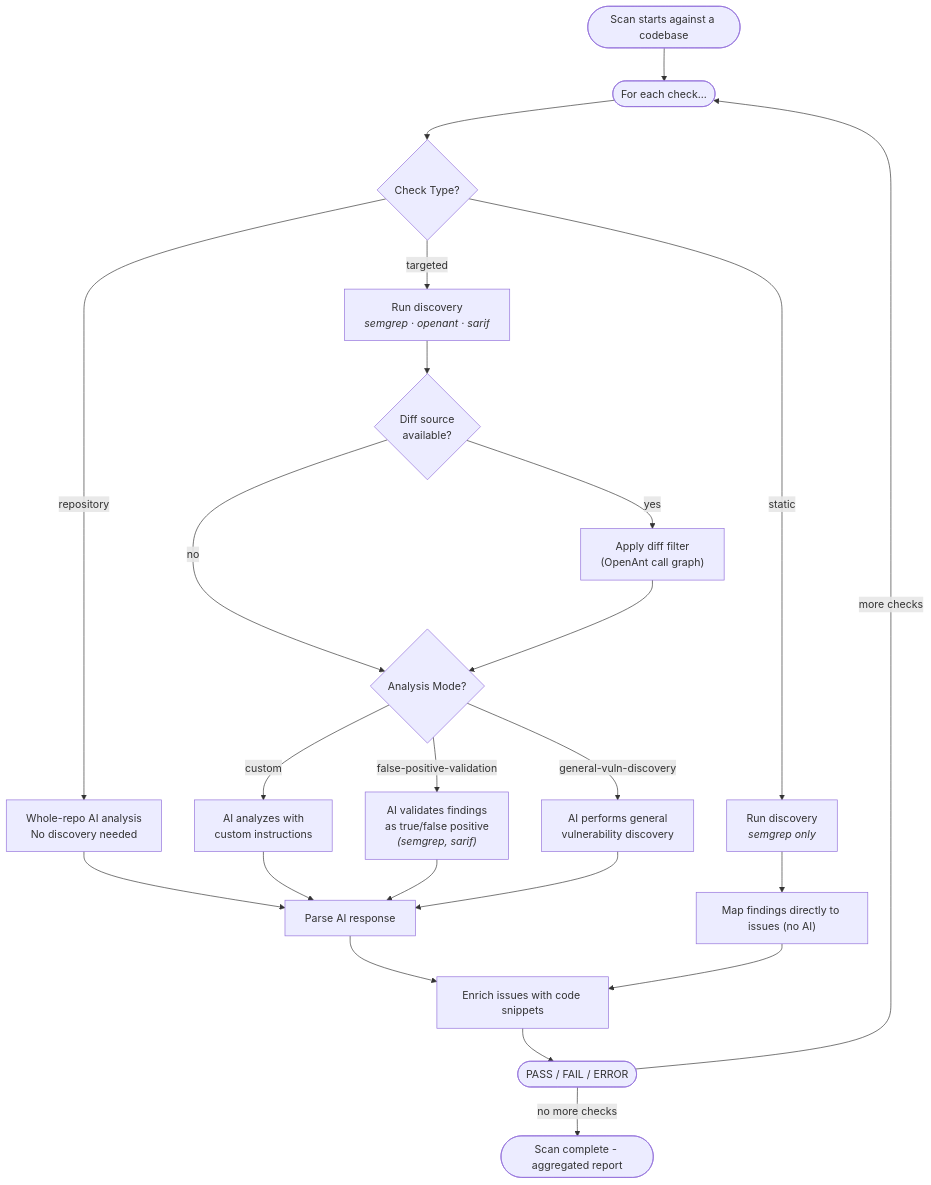
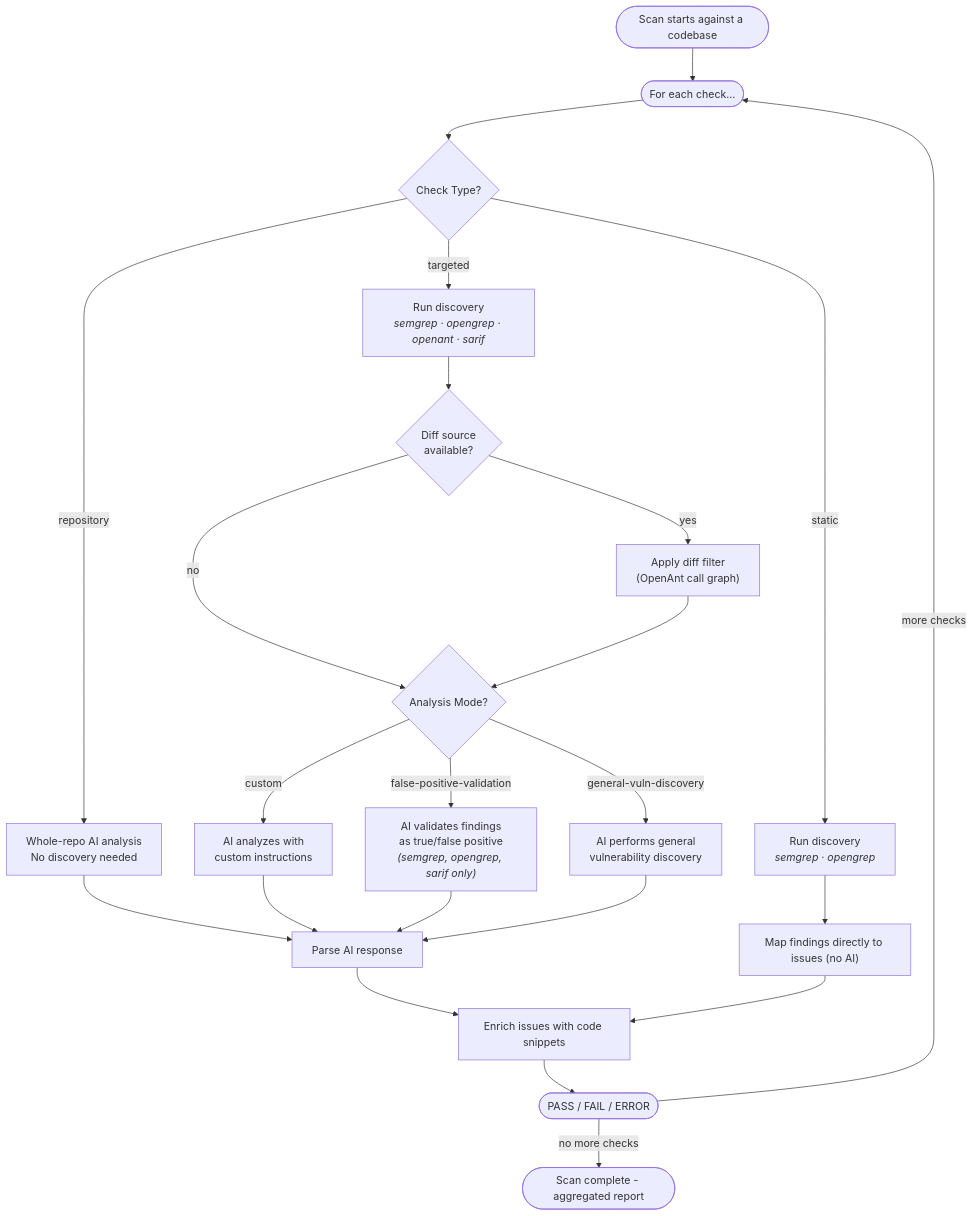
The third of 6 diagrams in docs/how-it-works.md (hanlinnnn/AI-Hybrid-Test), drawn with Mermaid before and after one commit. The commit also changed other lines of this file and 35 other files, not shown here.

First line of the commit message:
feat: add opengrep discovery support and diff filtering (#100)

````diff
--- a/docs/how-it-works.md
+++ b/docs/how-it-works.md
@@ -87,34 +87,34 @@
 ```mermaid
 flowchart TD
     ScanStart(["Scan starts against a codebase"]) --> Start
     Start(["For each check..."]) --> TypeCheck{Check Type?}
 
     TypeCheck -->|repository| RepoCheck["Whole-repo AI analysis<br/>No discovery needed"]
-    TypeCheck -->|targeted| TargetCheck["Run discovery<br/><i>semgrep · openant · sarif</i>"]
-    TypeCheck -->|static| StaticCheck["Run discovery<br/><i>semgrep only</i>"]
+    TypeCheck -->|targeted| TargetCheck["Run discovery<br/><i>semgrep · opengrep · openant · sarif</i>"]
+    TypeCheck -->|static| StaticCheck["Run discovery<br/><i>semgrep · opengrep</i>"]
 
     TargetCheck --> DiffFilterStep{Diff source<br/>available?}
     DiffFilterStep -->|yes| DiffFilter["Apply diff filter<br/>(OpenAnt call graph)"]
     DiffFilterStep -->|no| ModeCheck
     DiffFilter --> ModeCheck{Analysis Mode?}
 
     ModeCheck -->|custom| Custom["AI analyzes with<br/>custom instructions"]
-    ModeCheck -->|false-positive-validation| FPV["AI validates findings<br/>as true/false positive<br/><i>(semgrep, sarif)</i>"]
+    ModeCheck -->|false-positive-validation| FPV["AI validates findings<br/>as true/false positive<br/><i>(semgrep, opengrep, sarif only)</i>"]
     ModeCheck -->|general-vuln-discovery| GVD["AI performs general<br/>vulnerability discovery"]
 
     RepoCheck --> Parse
     Custom --> Parse
     FPV --> Parse
     GVD --> Parse
     Parse["Parse AI response"]
 
     StaticCheck --> DirectMap["Map findings directly to issues (no AI)"]
 
     Parse --> Enrich
     DirectMap --> Enrich
     Enrich["Enrich issues with code snippets"]
 
     Enrich --> Result([PASS / FAIL / ERROR])
     Result -->|more checks| Start
     Result -->|no more checks| ScanEnd(["Scan complete - aggregated report"])
 ```
````
